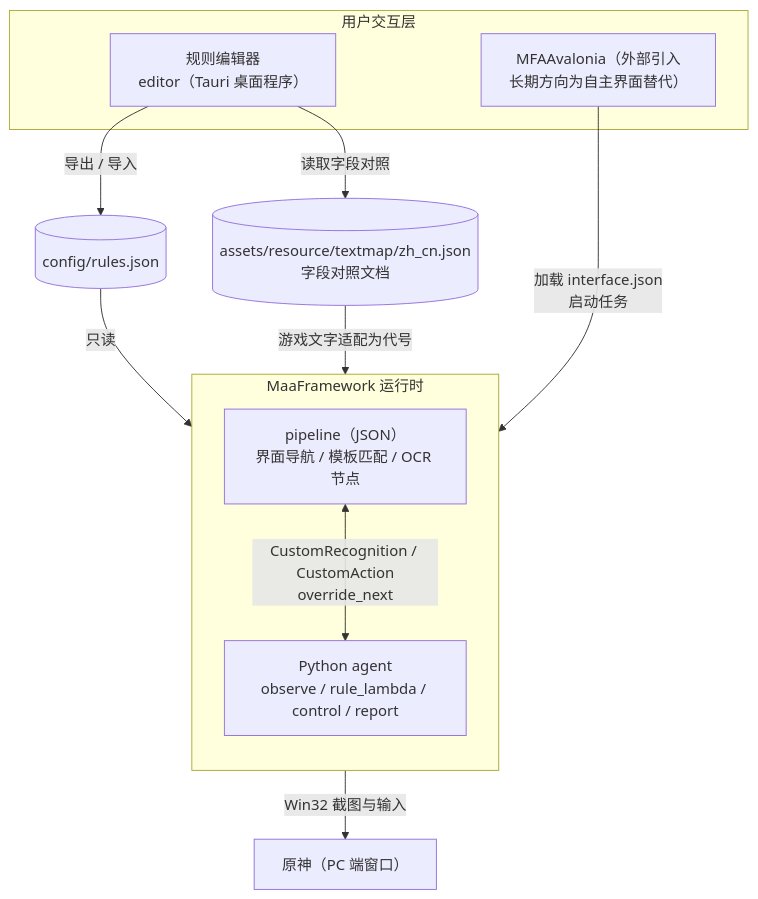
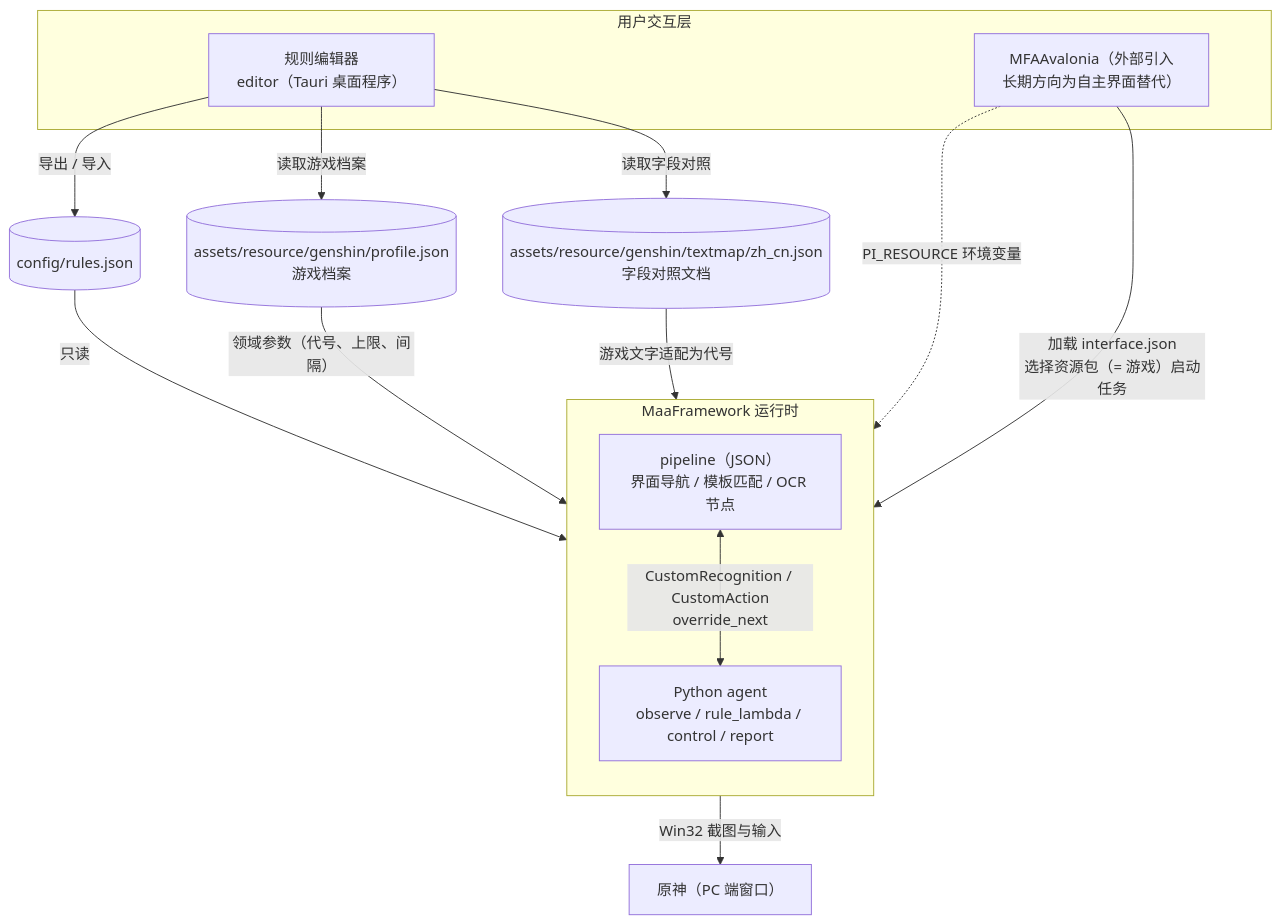
The first of 2 diagrams in docs/superpowers/specs/2026-08-28-auto-grade-up-design.md (huanshang141/Auto-Grade-Up), drawn with Mermaid before and after one commit. The commit also changed other lines of this file and 4 other files, not shown here.

````diff
--- a/docs/superpowers/specs/2026-08-28-auto-grade-up-design.md
+++ b/docs/superpowers/specs/2026-08-28-auto-grade-up-design.md
@@ -41,25 +44,29 @@
 ```mermaid
 flowchart TB
     subgraph user["用户交互层"]
         MFA["MFAAvalonia（外部引入<br/>长期方向为自主界面替代）"]
         EDITOR["规则编辑器<br/>editor（Tauri 桌面程序）"]
     end
 
     subgraph rt["MaaFramework 运行时"]
         direction TB
         PIPE["pipeline（JSON）<br/>界面导航 / 模板匹配 / OCR 节点"]
         AGENT["Python agent<br/>observe / rule_lambda / control / report"]
     end
 
     RULES[("config/rules.json")]
-    TEXTMAP[("assets/resource/textmap/zh_cn.json<br/>字段对照文档")]
+    PROFILE[("assets/resource/genshin/profile.json<br/>游戏档案")]
+    TEXTMAP[("assets/resource/genshin/textmap/zh_cn.json<br/>字段对照文档")]
     GAME["原神（PC 端窗口）"]
 
     EDITOR -->|"导出 / 导入"| RULES
+    EDITOR -->|"读取游戏档案"| PROFILE
     EDITOR -->|"读取字段对照"| TEXTMAP
     RULES -->|"只读"| AGENT
+    PROFILE -->|"领域参数（代号、上限、间隔）"| AGENT
     TEXTMAP -->|"游戏文字适配为代号"| AGENT
-    MFA -->|"加载 interface.json<br/>启动任务"| rt
+    MFA -->|"加载 interface.json<br/>选择资源包（= 游戏）启动任务"| rt
+    MFA -.->|"PI_RESOURCE 环境变量"| AGENT
     PIPE <-->|"CustomRecognition / CustomAction<br/>override_next"| AGENT
     rt -->|"Win32 截图与输入"| GAME
 ```
````
